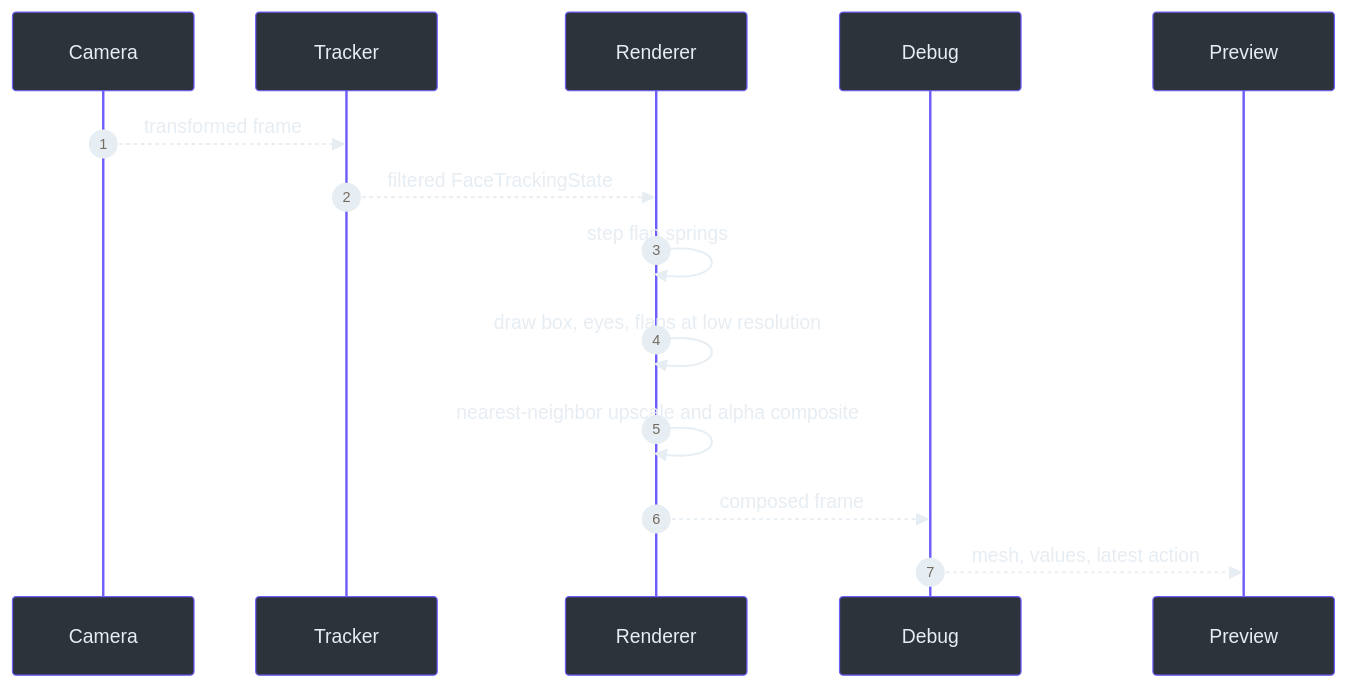
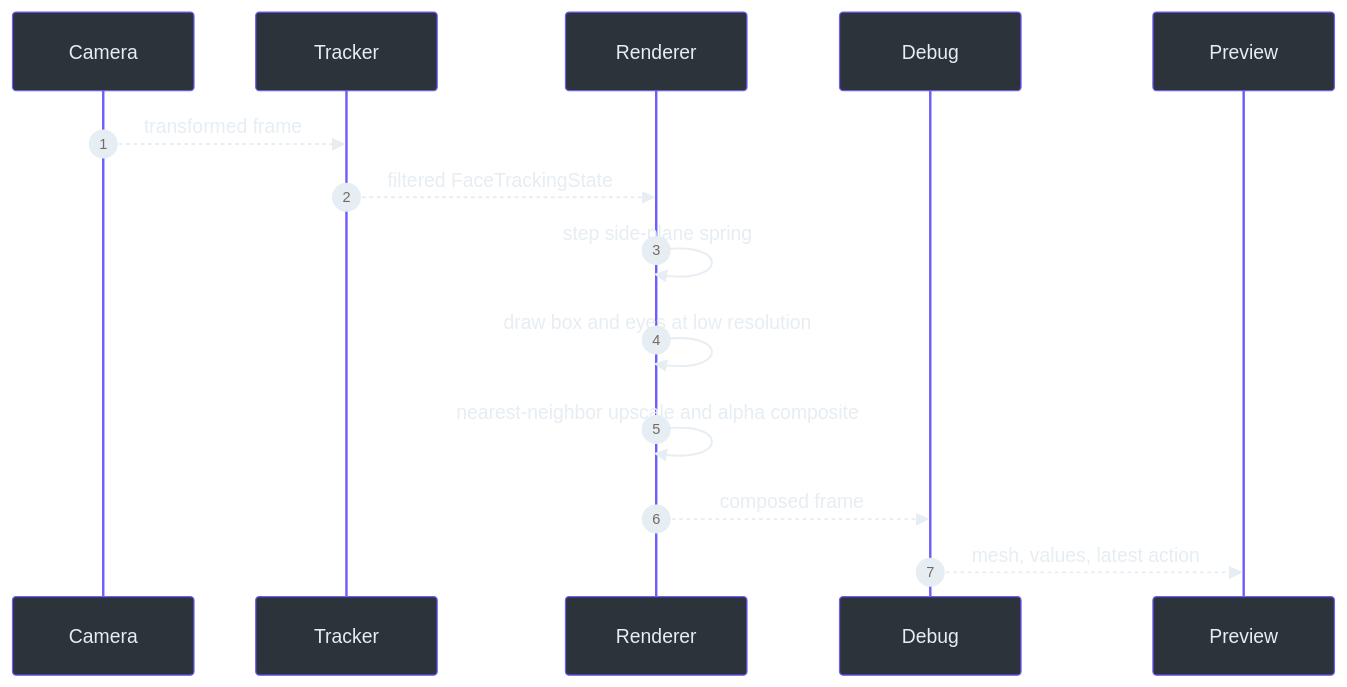
One commit to Zanark/KardboardCode-VTuber changed the second of 2 diagrams in docs/02-architecture/ps1-cardboard-renderer.md. Above: the diagram before and after it, drawn with Mermaid. The commit also changed other lines of this file and 5 other files, not shown here.

````diff
--- a/docs/02-architecture/ps1-cardboard-renderer.md
+++ b/docs/02-architecture/ps1-cardboard-renderer.md
@@ -44,17 +42,17 @@
 ```mermaid
 %%{init: {"theme": "base", "themeVariables": {"primaryColor": "#2d333b", "primaryBorderColor": "#6d5dfc", "primaryTextColor": "#e6edf3", "lineColor": "#8b949e", "secondaryColor": "#161b22", "tertiaryColor": "#2d333b"}}}%%
 sequenceDiagram
     autonumber
     participant Camera
     participant Tracker
     participant Renderer
     participant Debug
     participant Preview
     Camera-->>Tracker: transformed frame
     Tracker-->>Renderer: filtered FaceTrackingState
-    Renderer->>Renderer: step flap springs
-    Renderer->>Renderer: draw box, eyes, flaps at low resolution
+    Renderer->>Renderer: step side-plane spring
+    Renderer->>Renderer: draw box and eyes at low resolution
     Renderer->>Renderer: nearest-neighbor upscale and alpha composite
     Renderer-->>Debug: composed frame
     Debug-->>Preview: mesh, values, latest action
 ```
````
